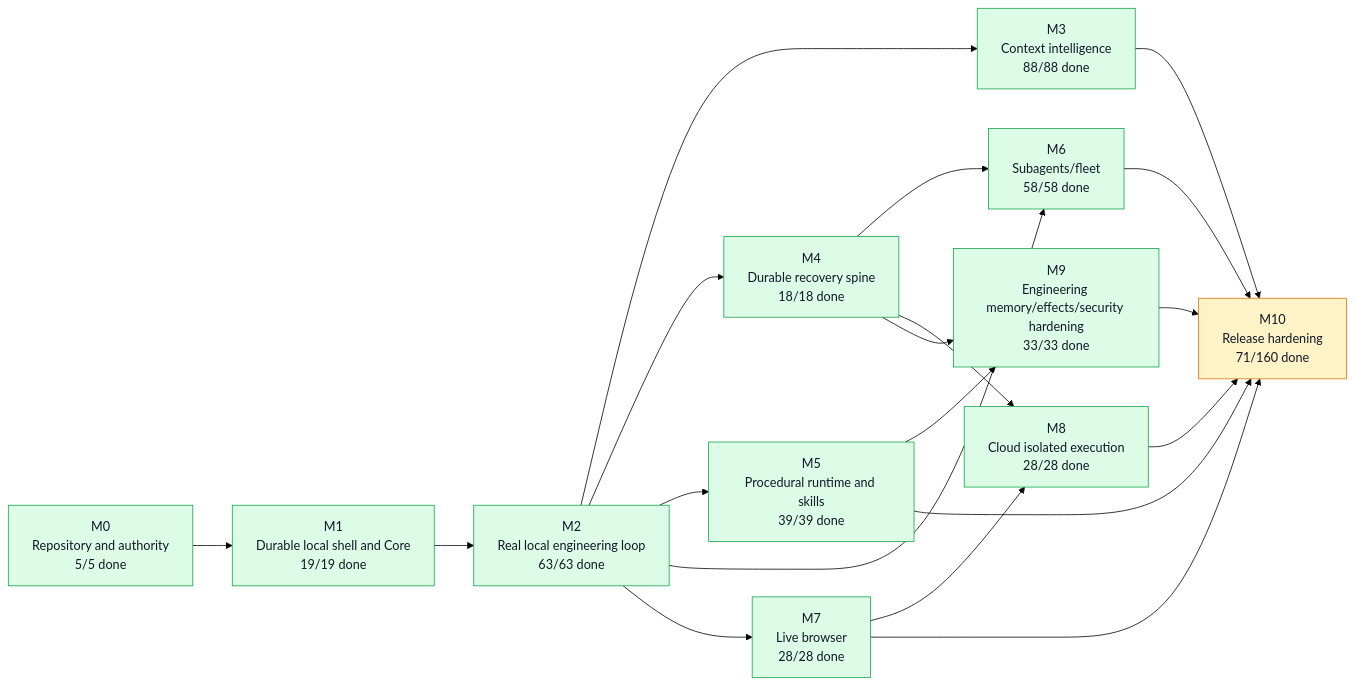
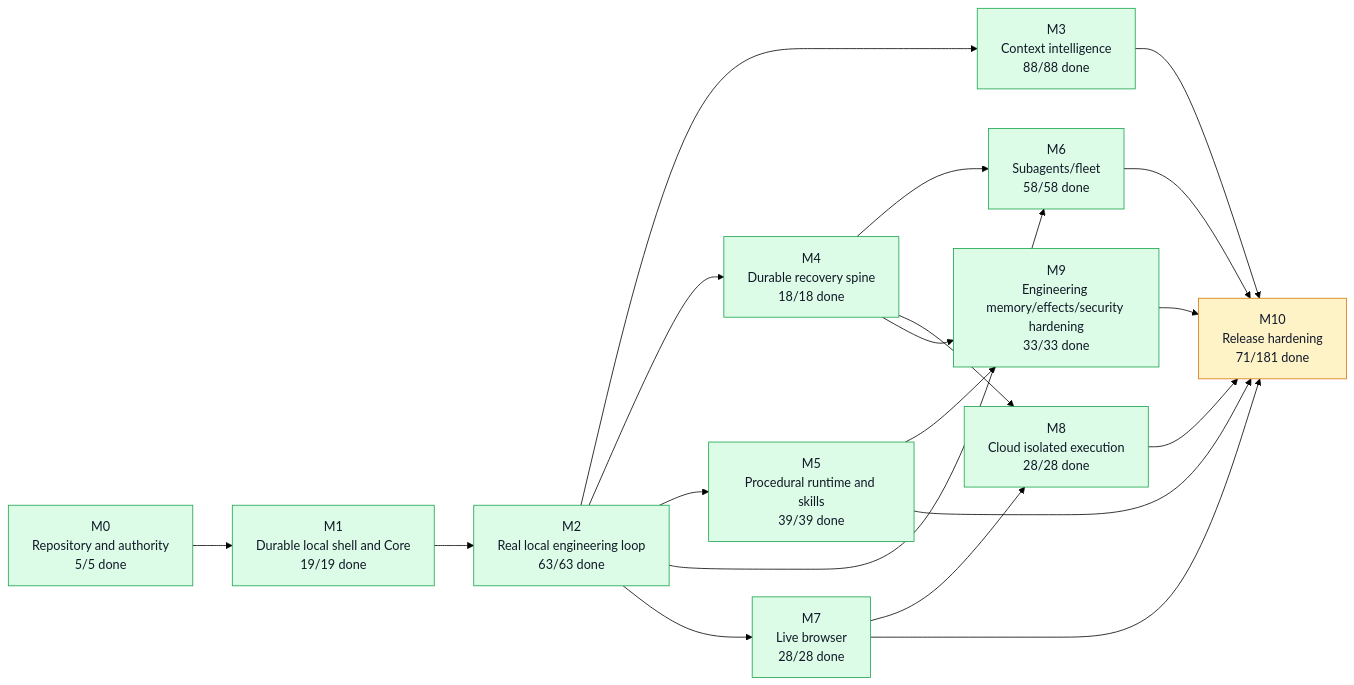
One commit to moss101/modbit changed the first of 5 diagrams in graph/PROJECT_GRAPH.md. Above: the diagram before and after it, drawn with Mermaid (forest theme). The commit also changed other lines of this file and 32 other files, not shown here.

````diff
--- a/graph/PROJECT_GRAPH.md
+++ b/graph/PROJECT_GRAPH.md
@@ -57,43 +57,43 @@
 ```mermaid
 flowchart LR
   M0["M0<br/>Repository and authority<br/>5/5 done"]
   M1["M1<br/>Durable local shell and Core<br/>19/19 done"]
   M2["M2<br/>Real local engineering loop<br/>63/63 done"]
   M3["M3<br/>Context intelligence<br/>88/88 done"]
   M4["M4<br/>Durable recovery spine<br/>18/18 done"]
   M5["M5<br/>Procedural runtime and skills<br/>39/39 done"]
   M6["M6<br/>Subagents/fleet<br/>58/58 done"]
   M7["M7<br/>Live browser<br/>28/28 done"]
   M8["M8<br/>Cloud isolated execution<br/>28/28 done"]
   M9["M9<br/>Engineering memory/effects/security hardening<br/>33/33 done"]
-  M10["M10<br/>Release hardening<br/>71/160 done"]
+  M10["M10<br/>Release hardening<br/>71/181 done"]
   M0 --> M1
   M1 --> M2
   M2 --> M3
   M2 --> M4
   M2 --> M5
   M2 --> M6
   M4 --> M6
   M2 --> M7
   M4 --> M8
   M7 --> M8
   M4 --> M9
   M5 --> M9
   M3 --> M10
   M5 --> M10
   M6 --> M10
   M7 --> M10
   M8 --> M10
   M9 --> M10
   style M0 fill:#dcfce7,stroke:#16a34a,color:#111827
   style M1 fill:#dcfce7,stroke:#16a34a,color:#111827
   style M2 fill:#dcfce7,stroke:#16a34a,color:#111827
   style M3 fill:#dcfce7,stroke:#16a34a,color:#111827
   style M4 fill:#dcfce7,stroke:#16a34a,color:#111827
   style M5 fill:#dcfce7,stroke:#16a34a,color:#111827
   style M6 fill:#dcfce7,stroke:#16a34a,color:#111827
   style M7 fill:#dcfce7,stroke:#16a34a,color:#111827
   style M8 fill:#dcfce7,stroke:#16a34a,color:#111827
   style M9 fill:#dcfce7,stroke:#16a34a,color:#111827
   style M10 fill:#fef3c7,stroke:#d97706,color:#111827
 ```
````
